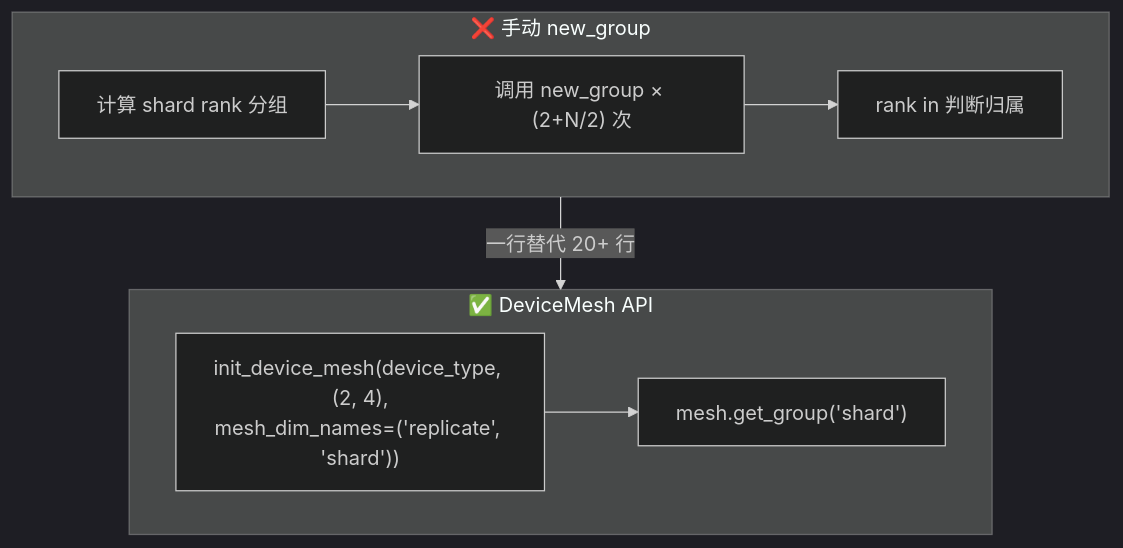
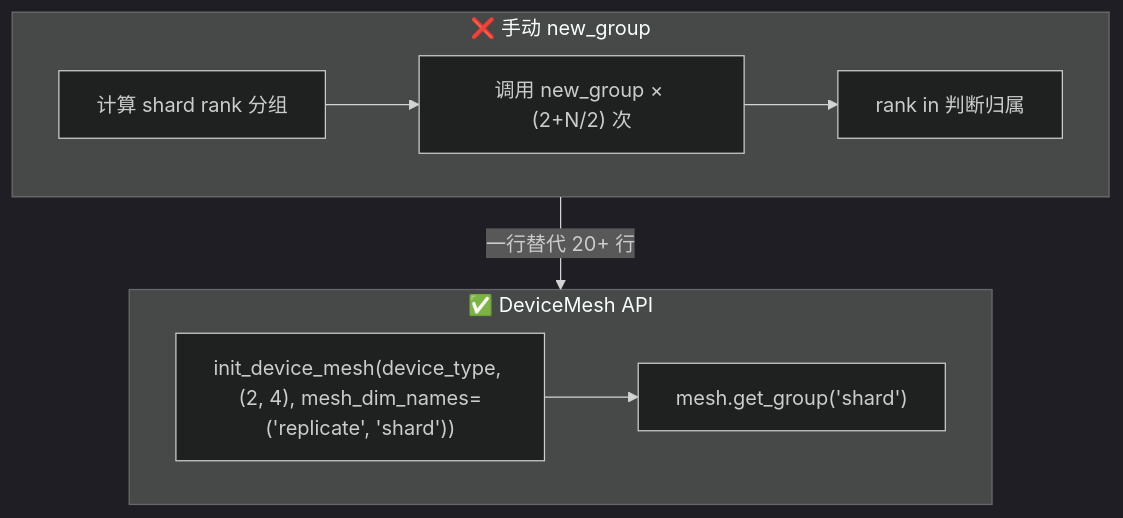
Before and after one commit to jianzhnie/ScaleTorch: the first of 7 diagrams in docs/device_mesh.md, drawn with Mermaid (dark theme). The commit also changed other lines of this file, not shown here.

First line of the commit message:
docs: polish device_mesh.md for publication

````diff
--- a/docs/device_mesh.md
+++ b/docs/device_mesh.md
@@ -12,15 +12,15 @@
 ```mermaid
 graph TB
     subgraph manual["❌ 手动 new_group"]
         A1["计算 shard rank 分组"]
         A2["调用 new_group × (2+N/2) 次"]
         A3["rank in 判断归属"]
         A1 --> A2 --> A3
     end
     subgraph api["✅ DeviceMesh API"]
-        B1["init_device_mesh(device_type, (2, 4),<br/>mesh_dim_names=('replicate', 'shard'))"]
+        B1["init_device_mesh(device_type, (2, 4), mesh_dim_names=('replicate', 'shard'))"]
         B2["mesh.get_group('shard')"]
         B1 --> B2
     end
     manual -->|"一行替代 20+ 行"| api
 ```
````
